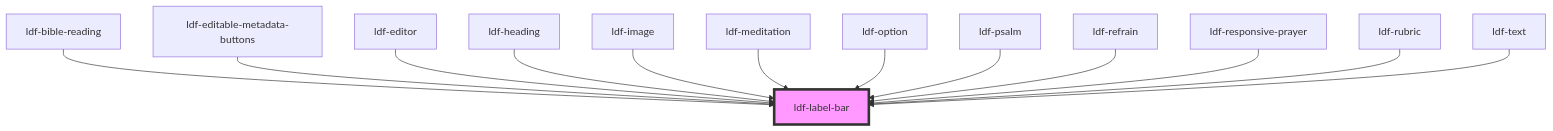
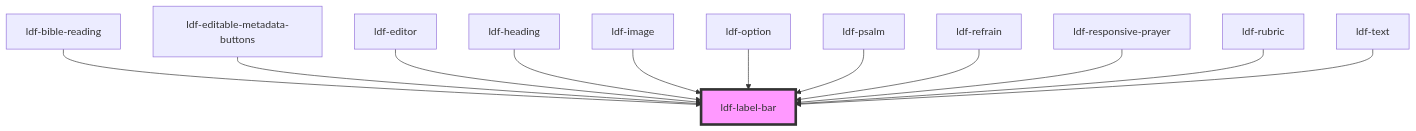
Before and after one commit to gbj/venite: the diagram in components/src/components/label-bar/readme.md, drawn with Mermaid. The commit also changed other lines of this file and 13 other files, not shown here.

````diff
--- a/components/src/components/label-bar/readme.md
+++ b/components/src/components/label-bar/readme.md
@@ -33,16 +32,15 @@
 ```mermaid
 graph TD;
   ldf-bible-reading --> ldf-label-bar
   ldf-editable-metadata-buttons --> ldf-label-bar
   ldf-editor --> ldf-label-bar
   ldf-heading --> ldf-label-bar
   ldf-image --> ldf-label-bar
-  ldf-meditation --> ldf-label-bar
   ldf-option --> ldf-label-bar
   ldf-psalm --> ldf-label-bar
   ldf-refrain --> ldf-label-bar
   ldf-responsive-prayer --> ldf-label-bar
   ldf-rubric --> ldf-label-bar
   ldf-text --> ldf-label-bar
   style ldf-label-bar fill:#f9f,stroke:#333,stroke-width:4px
 ```
````
